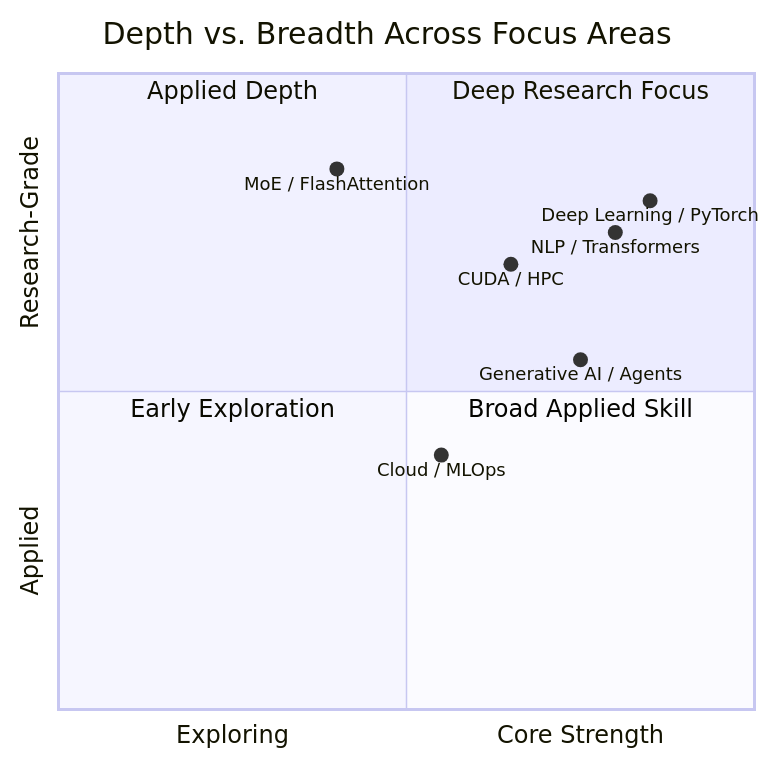
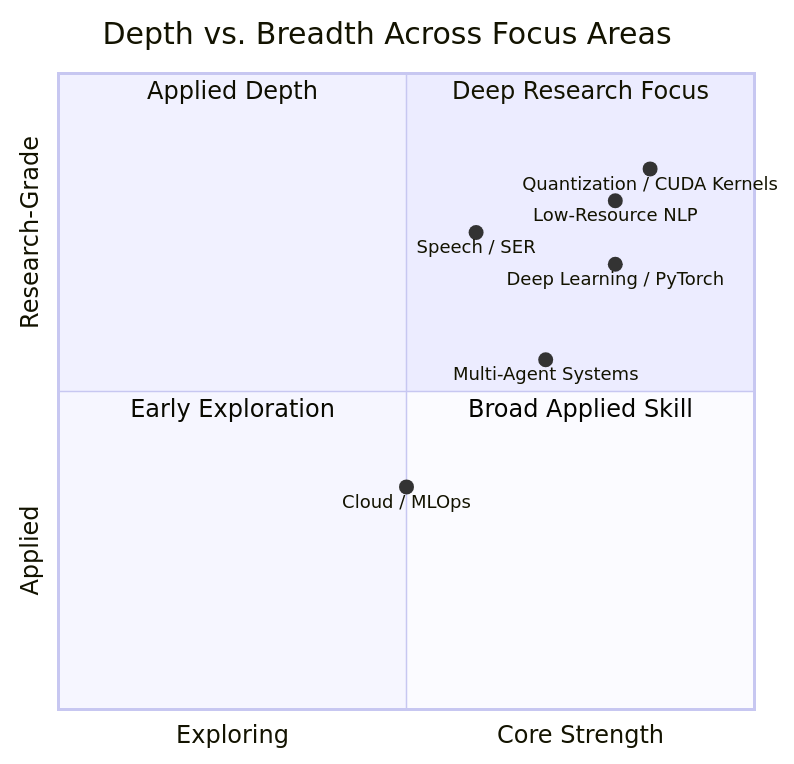
One commit to code-with-idrees/code-with-idrees changed the third of 4 diagrams in README.md. Above: the diagram before and after it, drawn with Mermaid. The commit also changed other lines of this file, not shown here.

````diff
--- a/README.md
+++ b/README.md
@@ -160,16 +158,16 @@
 ```mermaid
 quadrantChart
     title Depth vs. Breadth Across Focus Areas
     x-axis "Exploring" --> "Core Strength"
     y-axis "Applied" --> "Research-Grade"
     quadrant-1 "Deep Research Focus"
     quadrant-2 "Applied Depth"
     quadrant-3 "Early Exploration"
     quadrant-4 "Broad Applied Skill"
-    "Deep Learning / PyTorch": [0.85, 0.8]
-    "NLP / Transformers": [0.8, 0.75]
-    "CUDA / HPC": [0.65, 0.7]
-    "Generative AI / Agents": [0.75, 0.55]
-    "Cloud / MLOps": [0.55, 0.4]
-    "MoE / FlashAttention": [0.4, 0.85]
+    "Quantization / CUDA Kernels": [0.85, 0.85]
+    "Low-Resource NLP": [0.8, 0.8]
+    "Speech / SER": [0.6, 0.75]
+    "Deep Learning / PyTorch": [0.8, 0.7]
+    "Multi-Agent Systems": [0.7, 0.55]
+    "Cloud / MLOps": [0.5, 0.35]
 ```
````
